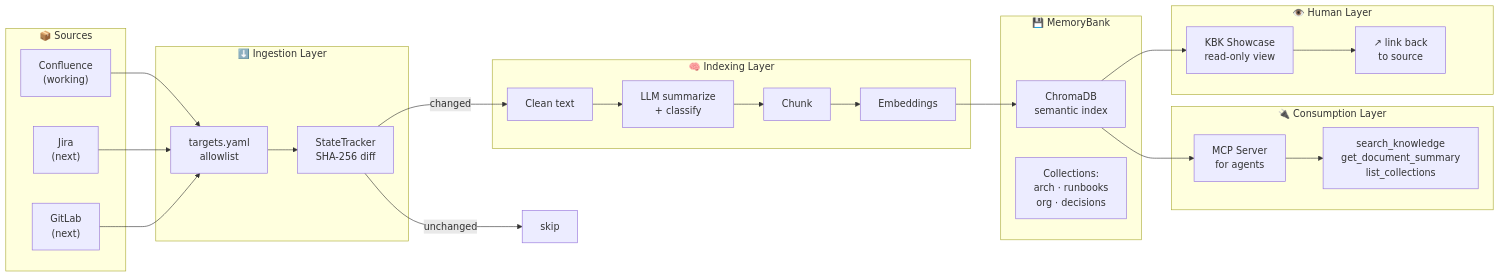
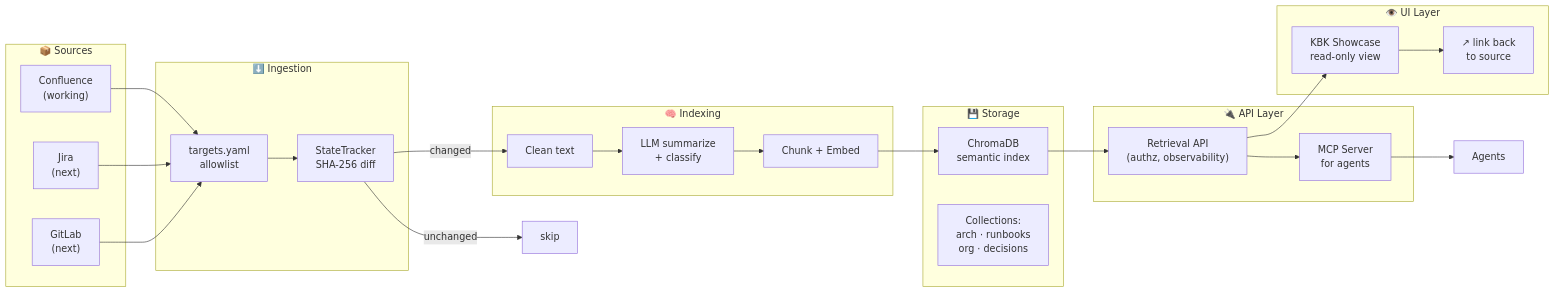
Before and after one commit to Wendigooor/knowledge-base-kit: the diagram in docs/ADR-0001-v03-memorybank.md, drawn with Mermaid. The commit also changed other lines of this file and 1 other file, not shown here.

````diff
--- a/docs/ADR-0001-v03-memorybank.md
+++ b/docs/ADR-0001-v03-memorybank.md
@@ -28,47 +24,47 @@
 ```mermaid
 flowchart LR
     subgraph Sources["📦 Sources"]
         C["Confluence\n(working)"] 
         J["Jira\n(next)"]
         G["GitLab\n(next)"]
     end
 
-    subgraph Ingestion["⬇️ Ingestion Layer"]
+    subgraph Ingestion["⬇️ Ingestion"]
         T["targets.yaml\nallowlist"]
         S["StateTracker\nSHA-256 diff"]
     end
 
-    subgraph Indexing["🧠 Indexing Layer"]
+    subgraph Indexing["🧠 Indexing"]
         CL["Clean text"]
         L["LLM summarize\n+ classify"]
-        CH["Chunk"]
-        E["Embeddings"]
+        CH["Chunk + Embed"]
     end
 
-    subgraph MemoryBank["💾 MemoryBank"]
+    subgraph Storage["💾 Storage"]
         DB["ChromaDB\nsemantic index"]
         COLL["Collections:\narch · runbooks\norg · decisions"]
     end
 
-    subgraph Consumption["🔌 Consumption Layer"]
+    subgraph API["🔌 API Layer"]
+        GW["Retrieval API\n(authz, observability)"]
         MCP["MCP Server\nfor agents"]
-        API["search_knowledge\nget_document_summary\nlist_collections"]
     end
 
-    subgraph Showcase["👁️ Human Layer"]
+    subgraph UI["👁️ UI Layer"]
         V["KBK Showcase\nread-only view"]
         LINK["↗ link back\nto source"]
     end
 
     C --> T
     J --> T
     G --> T
     T --> S
     S -->|changed| CL
     S -->|unchanged| SKIP["skip"]
-    CL --> L --> CH --> E --> DB
-    DB --> MCP
-    DB --> V
-    MCP --> API
+    CL --> L --> CH --> DB
+    DB --> GW
+    GW --> MCP
+    GW --> V
+    MCP --> A["Agents"]
     V --> LINK
 ```
````
